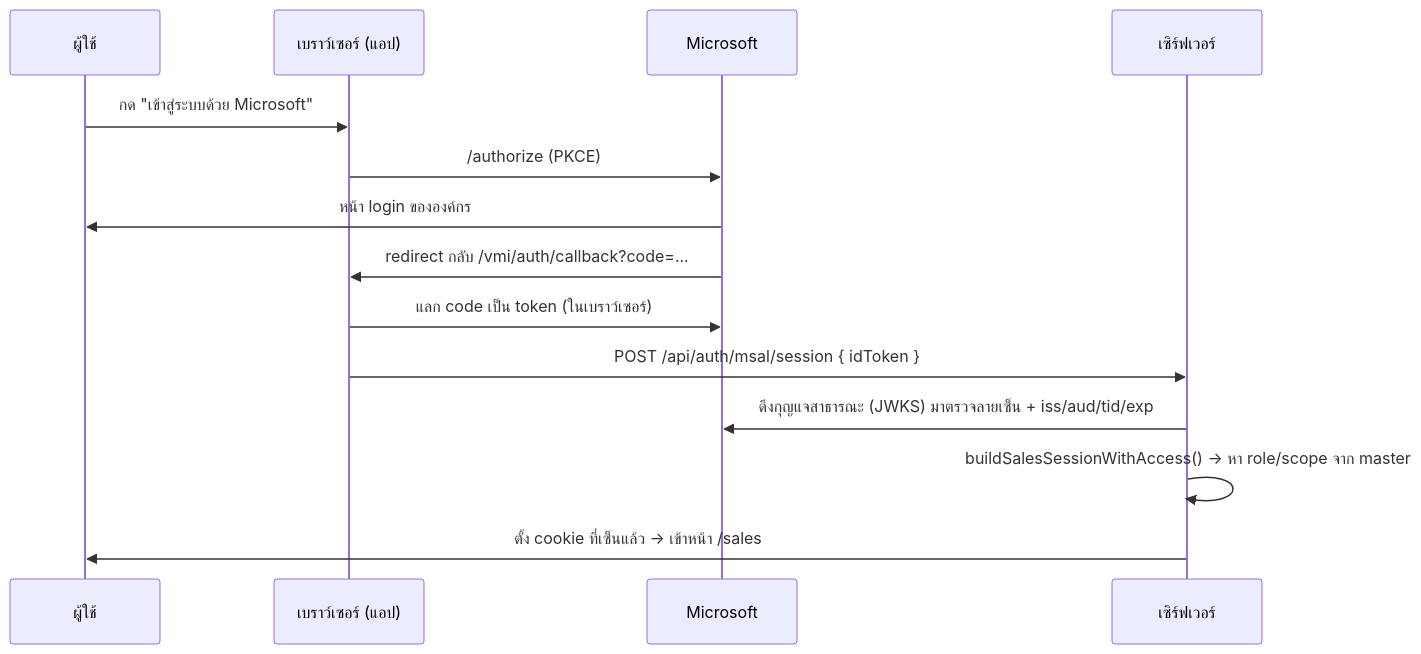
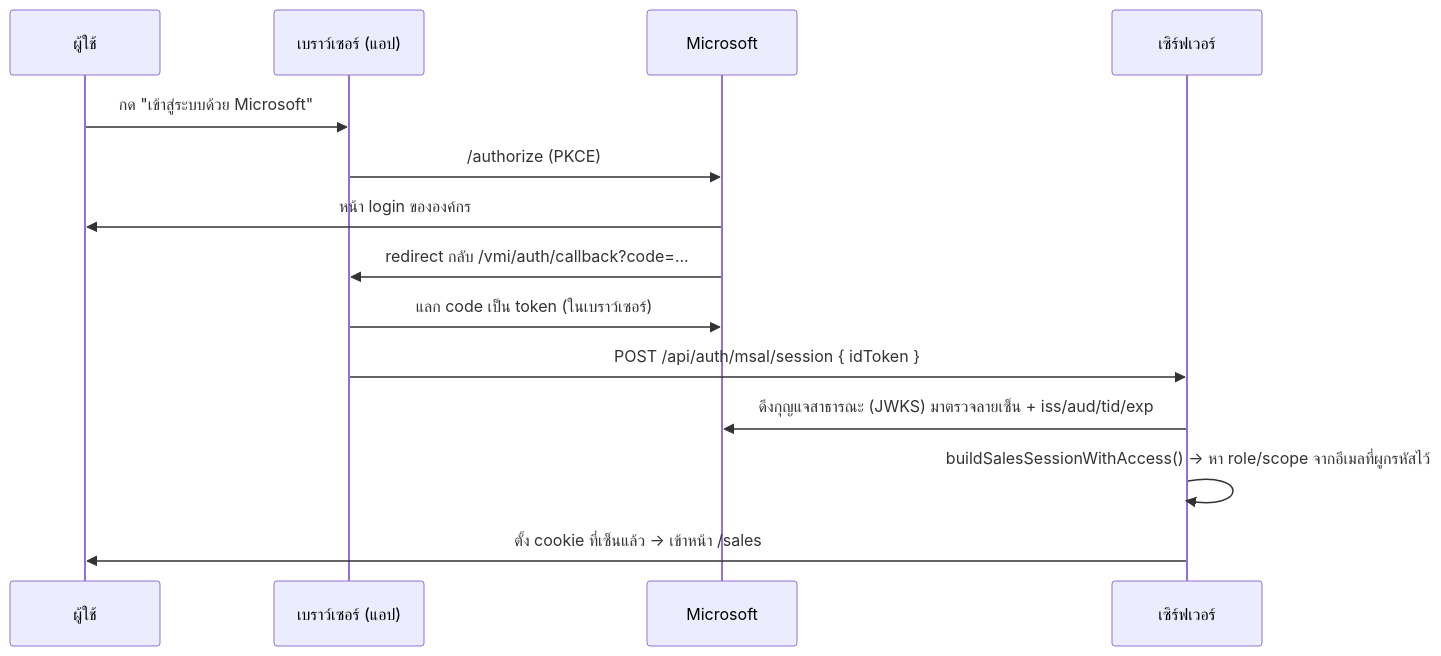
One commit to jintanabp/VMI changed the diagram in docs/wiki/03-authentication.md. Above: the diagram before and after it, drawn with Mermaid. The commit also changed other lines of this file and 122 other files, not shown here.

````diff
--- a/docs/wiki/03-authentication.md
+++ b/docs/wiki/03-authentication.md
@@ -57,16 +72,16 @@
 ```mermaid
 sequenceDiagram
     participant U as ผู้ใช้
     participant B as เบราว์เซอร์ (แอป)
     participant M as Microsoft
     participant S as เซิร์ฟเวอร์
     U->>B: กด "เข้าสู่ระบบด้วย Microsoft"
     B->>M: /authorize (PKCE)
     M->>U: หน้า login ขององค์กร
     M->>B: redirect กลับ /vmi/auth/callback?code=...
     B->>M: แลก code เป็น token (ในเบราว์เซอร์)
     B->>S: POST /api/auth/msal/session { idToken }
     S->>M: ดึงกุญแจสาธารณะ (JWKS) มาตรวจลายเซ็น + iss/aud/tid/exp
-    S->>S: buildSalesSessionWithAccess() → หา role/scope จาก master
+    S->>S: buildSalesSessionWithAccess() → หา role/scope จากอีเมลที่ผูกรหัสไว้
     S->>U: ตั้ง cookie ที่เซ็นแล้ว → เข้าหน้า /sales
 ```
````
